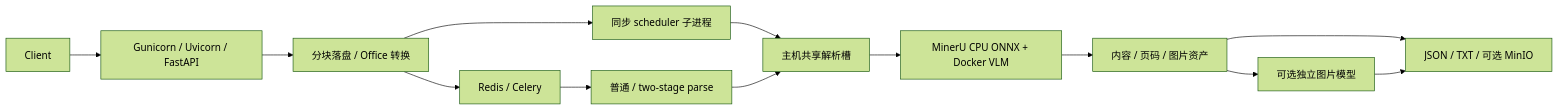
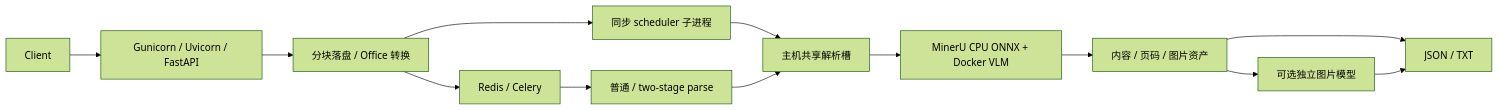
Before and after one commit to tiangong-ai/unstructure-serve: the diagram in docs/architecture.md, drawn with Mermaid (forest theme). The commit also changed other lines of this file and 36 other files, not shown here.

````diff
--- a/docs/architecture.md
+++ b/docs/architecture.md
@@ -7,15 +7,15 @@
 ```mermaid
 flowchart LR
   Client --> API[Gunicorn / Uvicorn / FastAPI]
   API --> Upload[分块落盘 / Office 转换]
   Upload --> Sync[同步 scheduler 子进程]
   Upload --> Queue[Redis / Celery]
   Queue --> Worker[普通 / two-stage parse]
   Sync --> Slots[主机共享解析槽]
   Worker --> Slots
   Slots --> Parser[MinerU CPU ONNX + Docker VLM]
   Parser --> Assets[内容 / 页码 / 图片资产]
   Assets --> Vision[可选独立图片模型]
-  Assets --> Result[JSON / TXT / 可选 MinIO]
+  Assets --> Result[JSON / TXT]
   Vision --> Result
 ```
````
